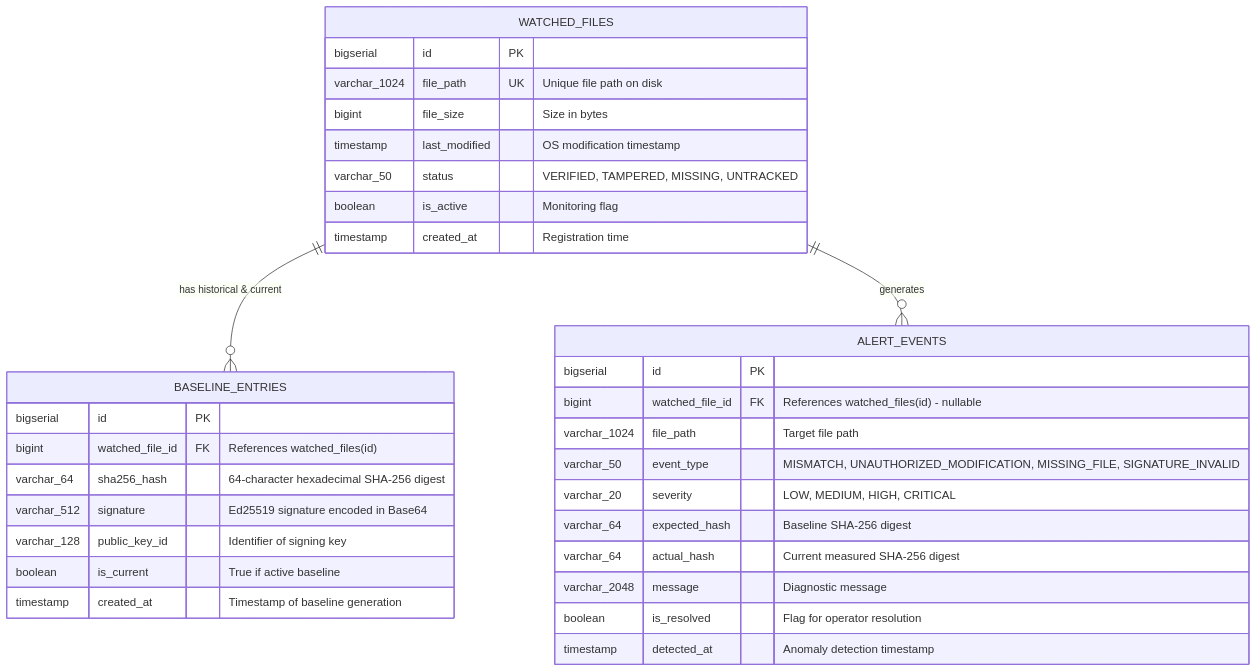
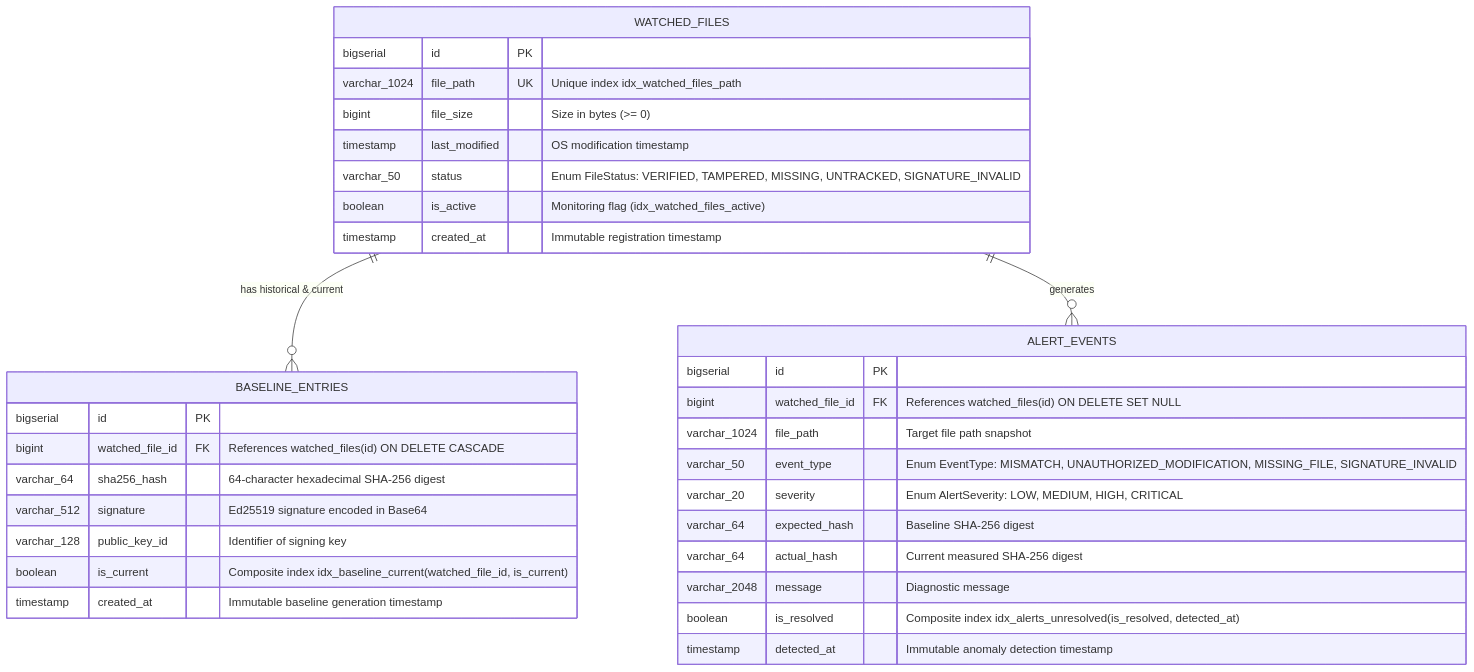
One commit to PG300604/HashWatch changed the diagram in docs/ERD.md. Above: the diagram before and after it, drawn with Mermaid. The commit also changed other lines of this file and 17 other files, not shown here.

````diff
--- a/docs/ERD.md
+++ b/docs/ERD.md
@@ -7,38 +7,38 @@
 ```mermaid
 erDiagram
     WATCHED_FILES ||--o{ BASELINE_ENTRIES : "has historical & current"
     WATCHED_FILES ||--o{ ALERT_EVENTS : "generates"
 
     WATCHED_FILES {
         bigserial id PK
-        varchar_1024 file_path UK "Unique file path on disk"
-        bigint file_size "Size in bytes"
+        varchar_1024 file_path UK "Unique index idx_watched_files_path"
+        bigint file_size "Size in bytes (>= 0)"
         timestamp last_modified "OS modification timestamp"
-        varchar_50 status "VERIFIED, TAMPERED, MISSING, UNTRACKED"
-        boolean is_active "Monitoring flag"
-        timestamp created_at "Registration time"
+        varchar_50 status "Enum FileStatus: VERIFIED, TAMPERED, MISSING, UNTRACKED, SIGNATURE_INVALID"
+        boolean is_active "Monitoring flag (idx_watched_files_active)"
+        timestamp created_at "Immutable registration timestamp"
     }
 
     BASELINE_ENTRIES {
         bigserial id PK
-        bigint watched_file_id FK "References watched_files(id)"
+        bigint watched_file_id FK "References watched_files(id) ON DELETE CASCADE"
         varchar_64 sha256_hash "64-character hexadecimal SHA-256 digest"
         varchar_512 signature "Ed25519 signature encoded in Base64"
         varchar_128 public_key_id "Identifier of signing key"
-        boolean is_current "True if active baseline"
-        timestamp created_at "Timestamp of baseline generation"
+        boolean is_current "Composite index idx_baseline_current(watched_file_id, is_current)"
+        timestamp created_at "Immutable baseline generation timestamp"
     }
 
     ALERT_EVENTS {
         bigserial id PK
-        bigint watched_file_id FK "References watched_files(id) - nullable"
-        varchar_1024 file_path "Target file path"
-        varchar_50 event_type "MISMATCH, UNAUTHORIZED_MODIFICATION, MISSING_FILE, SIGNATURE_INVALID"
-        varchar_20 severity "LOW, MEDIUM, HIGH, CRITICAL"
+        bigint watched_file_id FK "References watched_files(id) ON DELETE SET NULL"
+        varchar_1024 file_path "Target file path snapshot"
+        varchar_50 event_type "Enum EventType: MISMATCH, UNAUTHORIZED_MODIFICATION, MISSING_FILE, SIGNATURE_INVALID"
+        varchar_20 severity "Enum AlertSeverity: LOW, MEDIUM, HIGH, CRITICAL"
         varchar_64 expected_hash "Baseline SHA-256 digest"
         varchar_64 actual_hash "Current measured SHA-256 digest"
         varchar_2048 message "Diagnostic message"
-        boolean is_resolved "Flag for operator resolution"
-        timestamp detected_at "Anomaly detection timestamp"
+        boolean is_resolved "Composite index idx_alerts_unresolved(is_resolved, detected_at)"
+        timestamp detected_at "Immutable anomaly detection timestamp"
     }
 ```
````
